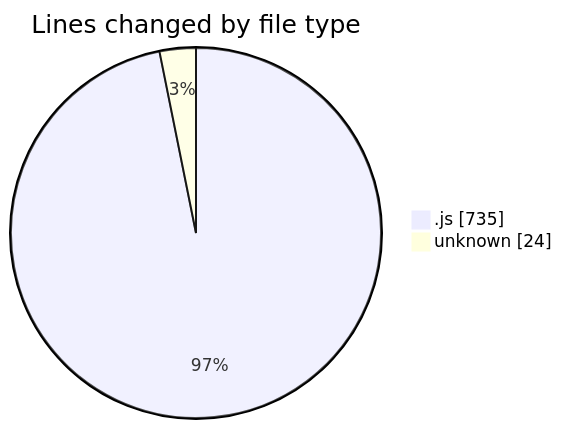
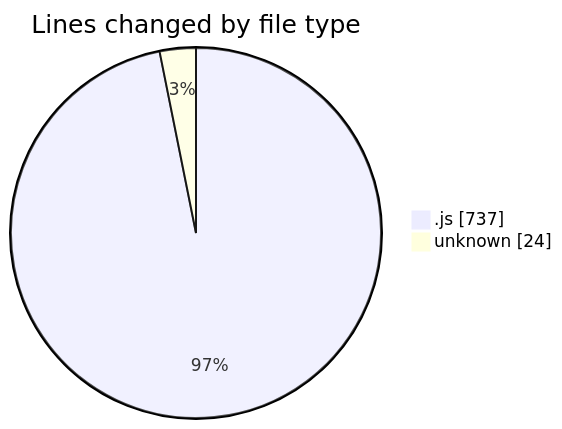
One commit to momahboobian/code-tracking changed the first of 2 diagrams in 2025-02-03/cda/README.md. Above: the diagram before and after it, drawn with Mermaid. The commit also changed other lines of this file and 1 other file, not shown here.

````diff
--- a/2025-02-03/cda/README.md
+++ b/2025-02-03/cda/README.md
@@ -24,6 +24,6 @@
 ```mermaid
 pie showData
 title Lines changed by file type
-".js" : 735
+".js" : 737
 "unknown" : 24
 ```
````
